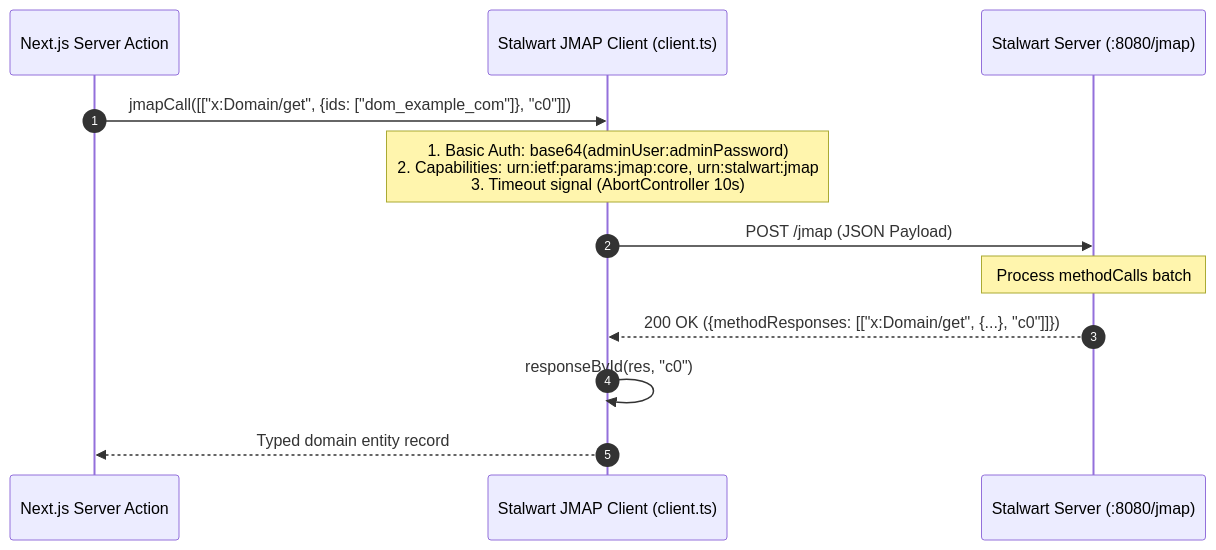
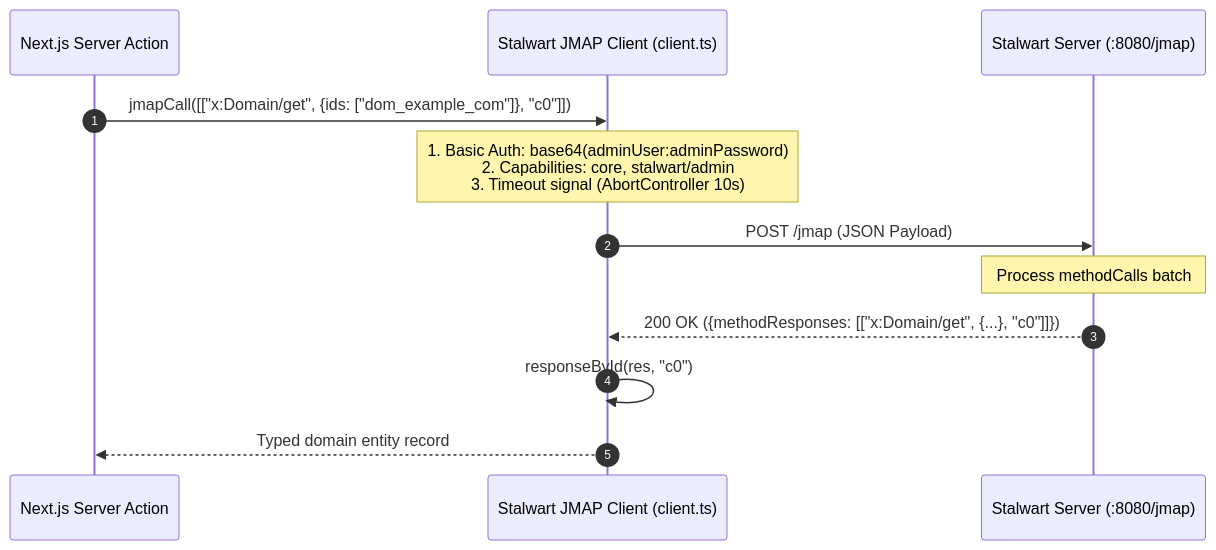
One commit to zzokm/mailwart changed the diagram in docs/05_STALWART_INTEGRATION.md. Above: the diagram before and after it, drawn with Mermaid. The commit also changed other lines of this file and 5 other files, not shown here.

Commit message:
docs: document storage quota architecture, bulk capacity management, archival mirroring, and postmaster filtering

````diff
--- a/docs/05_STALWART_INTEGRATION.md
+++ b/docs/05_STALWART_INTEGRATION.md
@@ -17,15 +17,15 @@
 ```mermaid
 sequenceDiagram
     autonumber
     participant App as Next.js Server Action
     participant Client as Stalwart JMAP Client (client.ts)
     participant Stalwart as Stalwart Server (:8080/jmap)
 
     App->>Client: jmapCall([["x:Domain/get", {ids: ["dom_example_com"]}, "c0"]])
-    Note over Client: 1. Basic Auth: base64(adminUser:adminPassword)<br/>2. Capabilities: urn:ietf:params:jmap:core, urn:stalwart:jmap<br/>3. Timeout signal (AbortController 10s)
+    Note over Client: 1. Basic Auth: base64(adminUser:adminPassword)<br/>2. Capabilities: core, stalwart/admin<br/>3. Timeout signal (AbortController 10s)
     Client->>Stalwart: POST /jmap (JSON Payload)
     Note over Stalwart: Process methodCalls batch
     Stalwart-->>Client: 200 OK ({methodResponses: [["x:Domain/get", {...}, "c0"]]})
     Client->>Client: responseById(res, "c0")
     Client-->>App: Typed domain entity record
 ```
````
